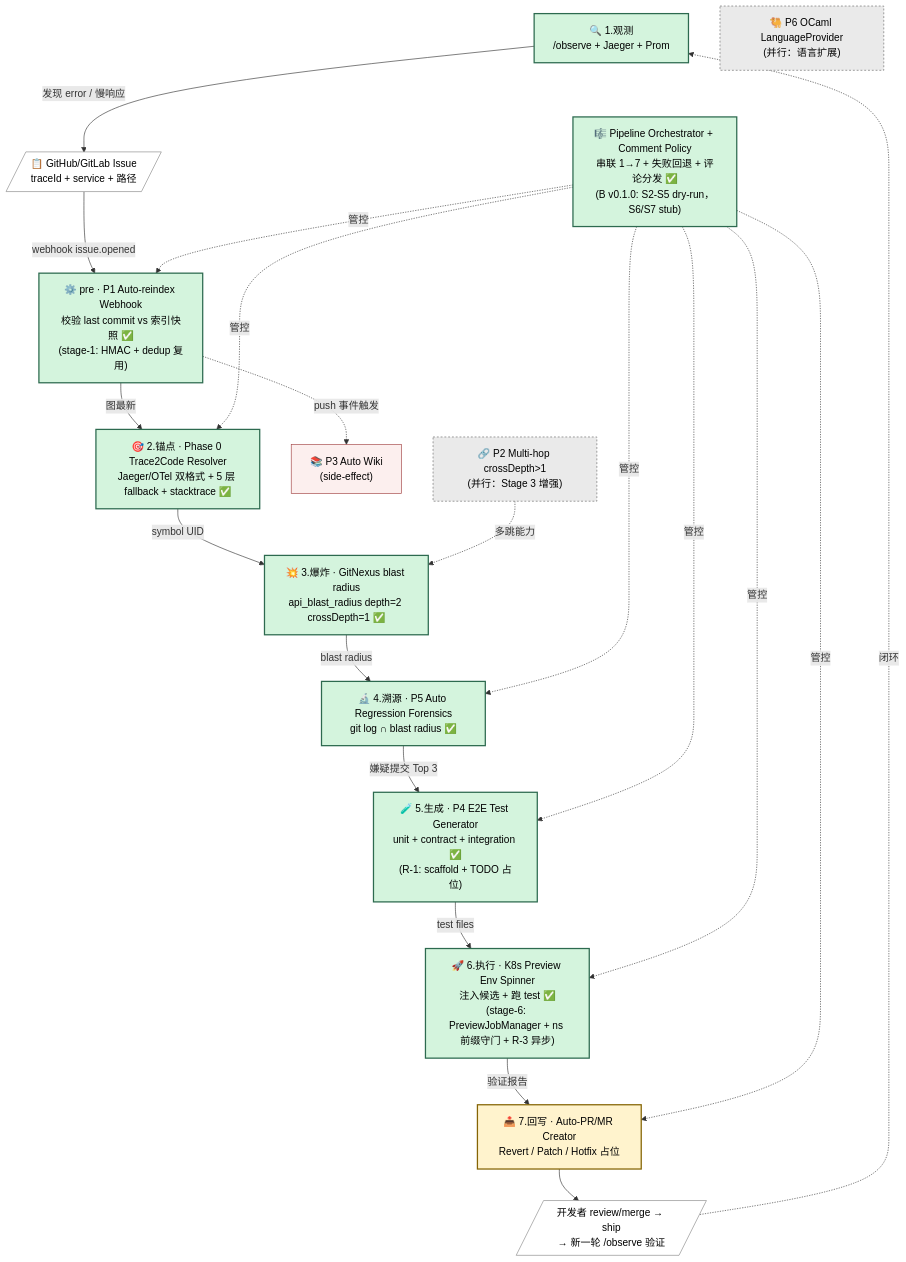
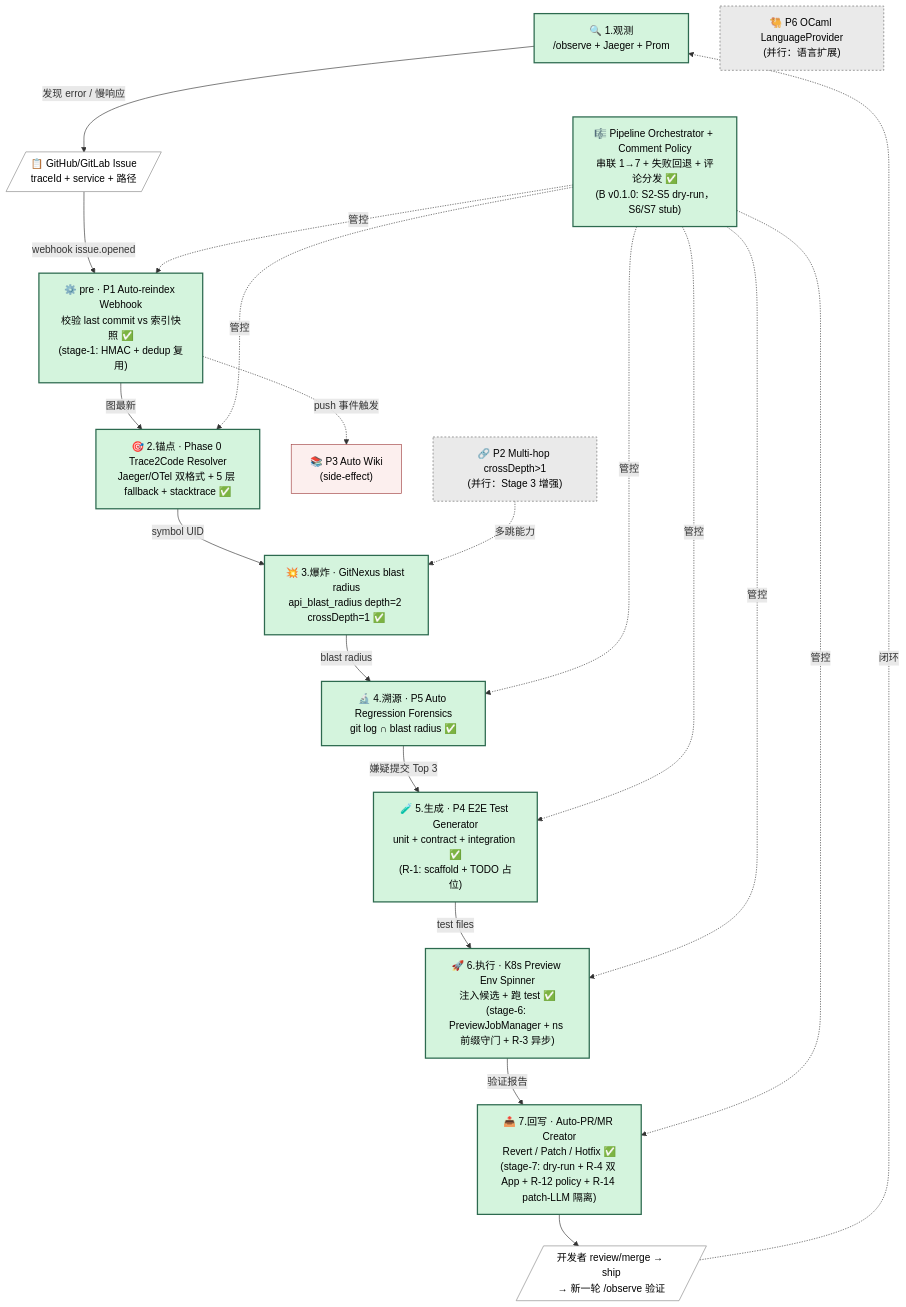
The diagram in docs/learn/diagrams/16-agentic-devops-7-stage-loop.mmd (zxs1633079383/GitNexus), drawn with Mermaid before and after one commit. The commit also changed 11 other files, not shown here.

```diff
--- a/docs/learn/diagrams/16-agentic-devops-7-stage-loop.mmd
+++ b/docs/learn/diagrams/16-agentic-devops-7-stage-loop.mmd
@@ -1,47 +1,47 @@
 %% Agentic DevOps 7 阶段闭环 —— 团队自建版 GitNexus 企业版
 %% 配套文档：docs/learn/Agentic-DevOps-企业版路线图-v2.md §0.2
 
 flowchart TB
     OBS["🔍 1.观测<br/>/observe + Jaeger + Prom"]:::existing
     ISSUE[/"📋 GitHub/GitLab Issue<br/>traceId + service + 路径"/]:::external
     PRE["⚙️ pre · P1 Auto-reindex Webhook<br/>校验 last commit vs 索引快照 ✅<br/>(stage-1: HMAC + dedup 复用)"]:::existing
     S2["🎯 2.锚点 · Phase 0 Trace2Code Resolver<br/>Jaeger/OTel 双格式 + 5 层 fallback + stacktrace ✅"]:::existing
     S3["💥 3.爆炸 · GitNexus blast radius<br/>api_blast_radius depth=2 crossDepth=1 ✅"]:::existing
     S4["🔬 4.溯源 · P5 Auto Regression Forensics<br/>git log ∩ blast radius ✅"]:::existing
     S5["🧪 5.生成 · P4 E2E Test Generator<br/>unit + contract + integration ✅<br/>(R-1: scaffold + TODO 占位)"]:::existing
     S6["🚀 6.执行 · K8s Preview Env Spinner<br/>注入候选 + 跑 test ✅<br/>(stage-6: PreviewJobManager + ns 前缀守门 + R-3 异步)"]:::existing
-    S7["📤 7.回写 · Auto-PR/MR Creator<br/>Revert / Patch / Hotfix 占位"]:::new
+    S7["📤 7.回写 · Auto-PR/MR Creator<br/>Revert / Patch / Hotfix ✅<br/>(stage-7: dry-run + R-4 双 App + R-12 policy + R-14 patch-LLM 隔离)"]:::existing
     LOOP[/"开发者 review/merge → ship<br/>→ 新一轮 /observe 验证"/]:::external
 
     ORCH["🎼 Pipeline Orchestrator + Comment Policy<br/>串联 1→7 + 失败回退 + 评论分发 ✅<br/>(B v0.1.0: S2-S5 dry-run，S6/S7 stub)"]:::existing
     WIKI["📚 P3 Auto Wiki<br/>(side-effect)"]:::side
     P2["🔗 P2 Multi-hop crossDepth>1<br/>(并行：Stage 3 增强)"]:::parallel
     P6["🐫 P6 OCaml LanguageProvider<br/>(并行：语言扩展)"]:::parallel
 
     OBS -->|发现 error / 慢响应| ISSUE
     ISSUE -->|webhook issue.opened| PRE
     PRE -->|图最新| S2
     S2 -->|symbol UID| S3
     S3 -->|blast radius| S4
     S4 -->|嫌疑提交 Top 3| S5
     S5 -->|test files| S6
     S6 -->|验证报告| S7
     S7 --> LOOP
     LOOP -.->|闭环| OBS
 
     ORCH -.->|管控| PRE
     ORCH -.->|管控| S2
     ORCH -.->|管控| S4
     ORCH -.->|管控| S5
     ORCH -.->|管控| S6
     ORCH -.->|管控| S7
 
     PRE -.->|push 事件触发| WIKI
     P2 -.->|多跳能力| S3
 
     classDef existing fill:#d4f4dd,stroke:#2d6a4f,color:#000,stroke-width:2px
     classDef new fill:#fff3cd,stroke:#856404,color:#000,stroke-width:2px
     classDef cross fill:#cfe2ff,stroke:#0a4d8c,color:#000,stroke-width:2px
     classDef side fill:#fcefee,stroke:#a04040,color:#000,stroke-width:1px
     classDef parallel fill:#eaeaea,stroke:#666,color:#000,stroke-width:1px,stroke-dasharray: 3 3
     classDef external fill:#fff,stroke:#888,color:#000,stroke-width:1px
```
